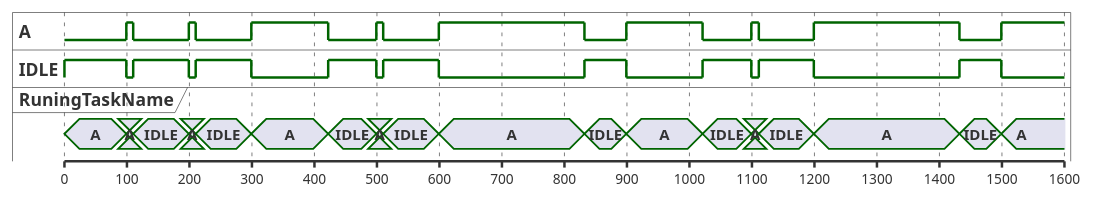
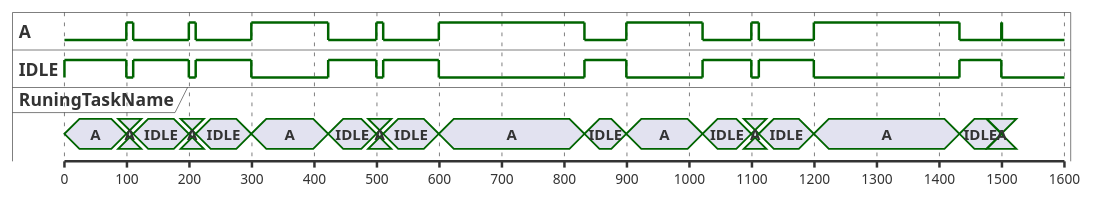
The diagram in training/02_Task_Control/3_xTaskDelayUntil/MyTrace.puml (steelpipe75/freertos_training), drawn with PlantUML before and after one commit. The commit also changed 2 other files, not shown here.

```diff
--- a/training/02_Task_Control/3_xTaskDelayUntil/MyTrace.puml
+++ b/training/02_Task_Control/3_xTaskDelayUntil/MyTrace.puml
@@ -1,102 +1,105 @@
 @startuml
 binary "A" as A
 binary "IDLE" as IDLE
 concise "RuningTaskName" as RuningTaskName
 
 scale 100 as 50 pixels
 
 @0
 A is high
 RuningTaskName is A
 A is low
 IDLE is high
 RuningTaskName is IDLE
 
 @99
 IDLE is low
 A is high
 RuningTaskName is A
 
 @110
 A is low
 IDLE is high
 RuningTaskName is IDLE
 
 @199
 IDLE is low
 A is high
 RuningTaskName is A
 
 @210
 A is low
 IDLE is high
 RuningTaskName is IDLE
 
 @299
 IDLE is low
 A is high
 RuningTaskName is A
 
 @422
 A is low
 IDLE is high
 RuningTaskName is IDLE
 
 @499
 IDLE is low
 A is high
 RuningTaskName is A
 
 @510
 A is low
 IDLE is high
 RuningTaskName is IDLE
 
 @599
 IDLE is low
 A is high
 RuningTaskName is A
 
 @832
 A is low
 IDLE is high
 RuningTaskName is IDLE
 
 @899
 IDLE is low
 A is high
 RuningTaskName is A
 
 @1021
 A is low
 IDLE is high
 RuningTaskName is IDLE
 
 @1099
 IDLE is low
 A is high
 RuningTaskName is A
 
 @1111
 A is low
 IDLE is high
 RuningTaskName is IDLE
 
 @1199
 IDLE is low
 A is high
 RuningTaskName is A
 
 @1432
 A is low
 IDLE is high
 RuningTaskName is IDLE
 
 @1499
 IDLE is low
 A is high
 RuningTaskName is A
 
 @1500
+IDLE is {hidden}
+A is {hidden}
+RuningTaskName is {hidden}
 
 @enduml
```
